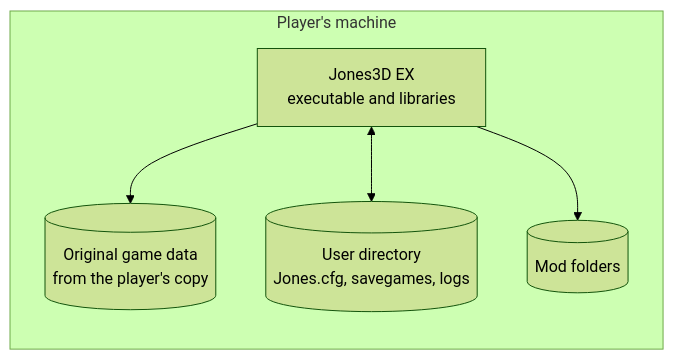
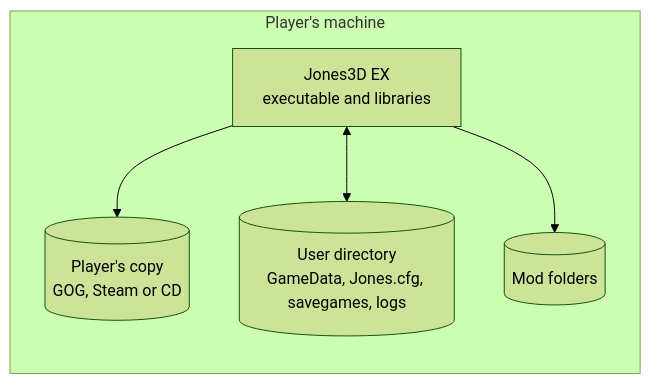
The diagram in Docs/arc42/07-deployment.md (seelenkuchen/Jones3DEX), drawn with Mermaid (forest theme) before and after one commit. The commit also changed other lines of this file and 11 other files, not shown here.

````diff
--- a/Docs/arc42/07-deployment.md
+++ b/Docs/arc42/07-deployment.md
@@ -17,12 +17,12 @@
 ```mermaid
 flowchart LR
     subgraph install [Player's machine]
         exe[Jones3D EX<br/>executable and libraries]
-        data[(Original game data<br/>from the player's copy)]
-        user[(User directory<br/>Jones.cfg, savegames, logs)]
+        data[(Player's copy<br/>GOG, Steam or CD)]
+        user[(User directory<br/>GameData, Jones.cfg, savegames, logs)]
         mods[(Mod folders)]
     end
     exe --> data
     exe <--> user
     exe --> mods
 ```
````
